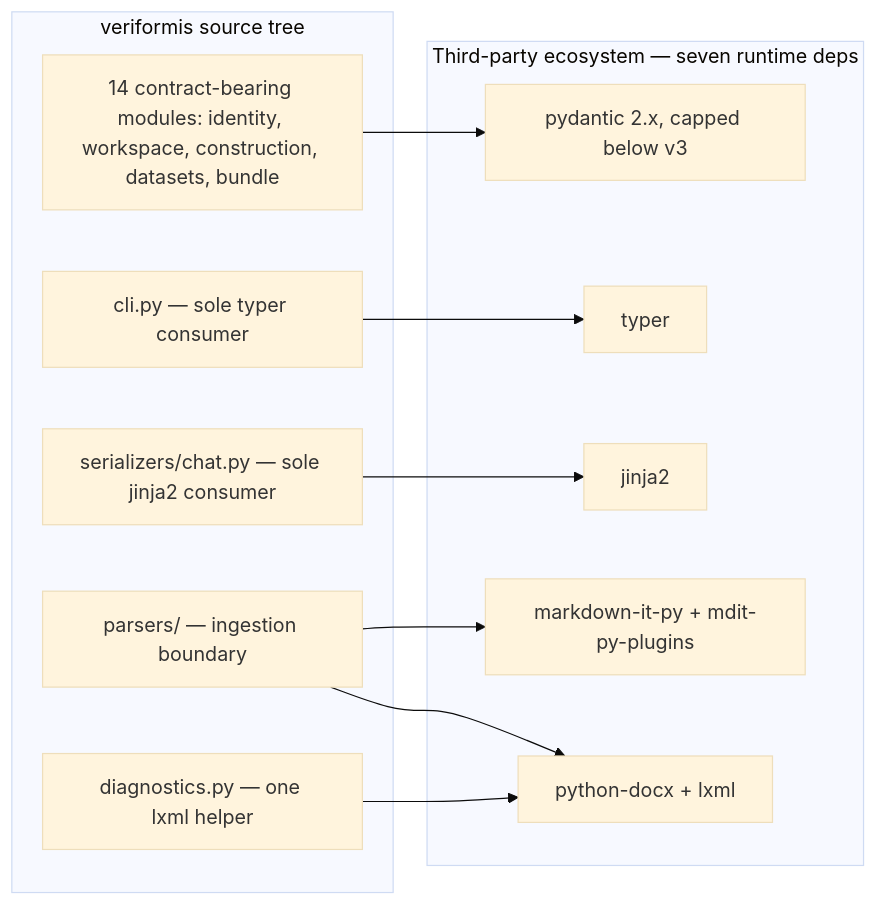
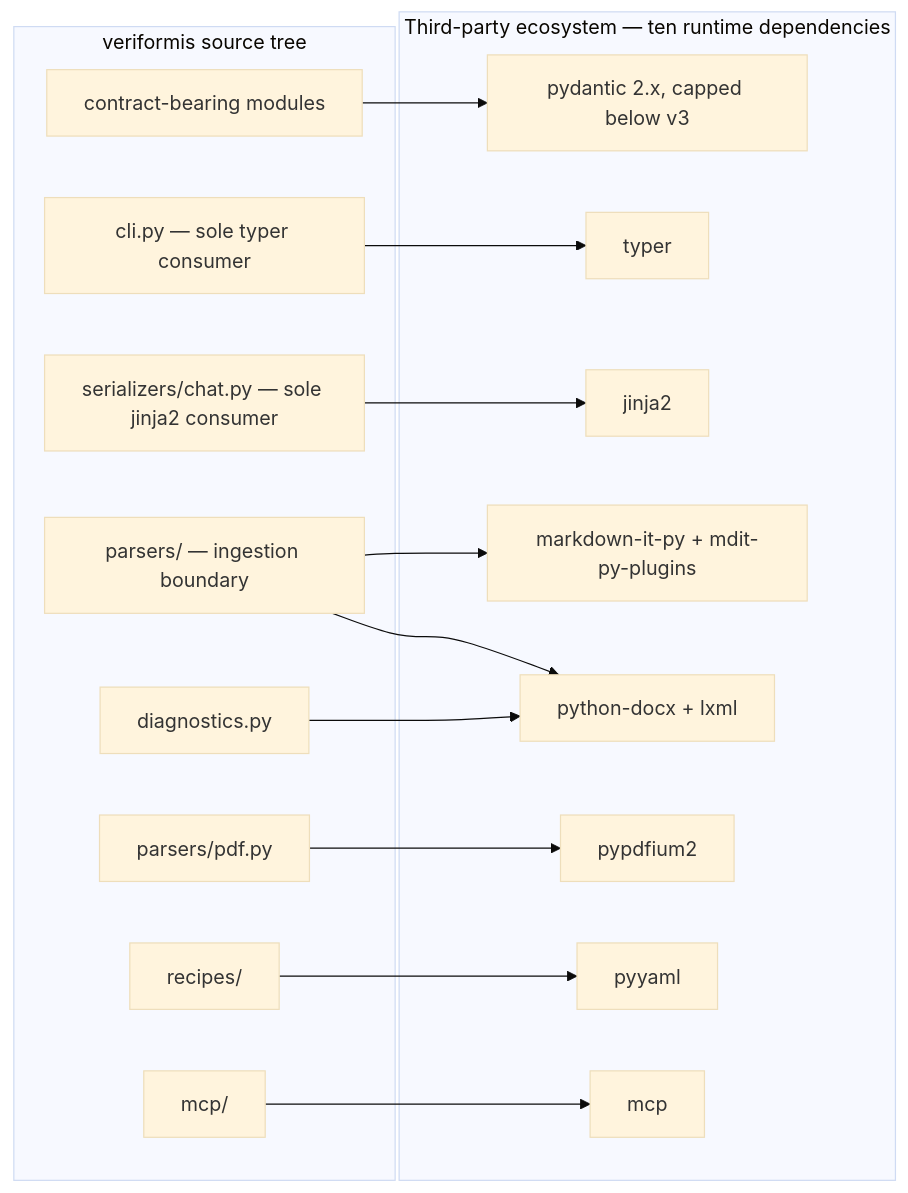
One commit to ogprotege/Veriformis changed the second of 2 diagrams in docs/architecture/dependencies.md. Above: the diagram before and after it, drawn with Mermaid (base theme). The commit also changed other lines of this file and 83 other files, not shown here.

````diff
--- a/docs/architecture/dependencies.md
+++ b/docs/architecture/dependencies.md
@@ -129,23 +108,32 @@
 ```mermaid
 flowchart LR
-    subgraph EXT["Third-party ecosystem — seven runtime deps"]
+    subgraph EXT["Third-party ecosystem — ten runtime dependencies"]
         PYD["pydantic 2.x, capped below v3"]
         TYP["typer"]
         JIN["jinja2"]
         MIT["markdown-it-py + mdit-py-plugins"]
         DOCX["python-docx + lxml"]
+        PDF["pypdfium2"]
+        YAML["pyyaml"]
+        MCPD["mcp"]
     end
     subgraph TREE["veriformis source tree"]
         CLI2["cli.py — sole typer consumer"]
         CHAT["serializers/chat.py — sole jinja2 consumer"]
         PARSE["parsers/ — ingestion boundary"]
-        DIAG["diagnostics.py — one lxml helper"]
-        CONTRACTS["14 contract-bearing modules: identity, workspace, construction, datasets, bundle"]
+        DIAG["diagnostics.py"]
+        PDFPARSE["parsers/pdf.py"]
+        RECIPE["recipes/"]
+        MCPS["mcp/"]
+        CONTRACTS["contract-bearing modules"]
     end
     CLI2 --> TYP
     CHAT --> JIN
     PARSE --> MIT
     PARSE --> DOCX
     DIAG --> DOCX
+    PDFPARSE --> PDF
+    RECIPE --> YAML
+    MCPS --> MCPD
     CONTRACTS --> PYD
 ```
````
